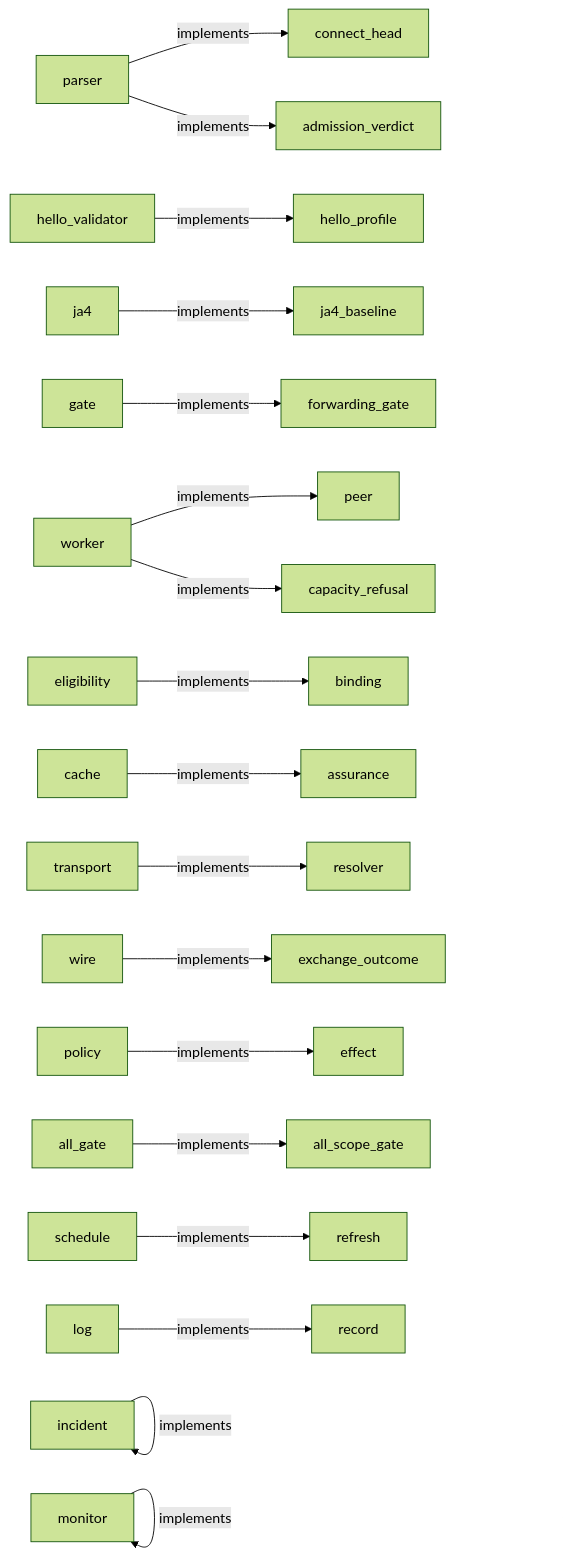
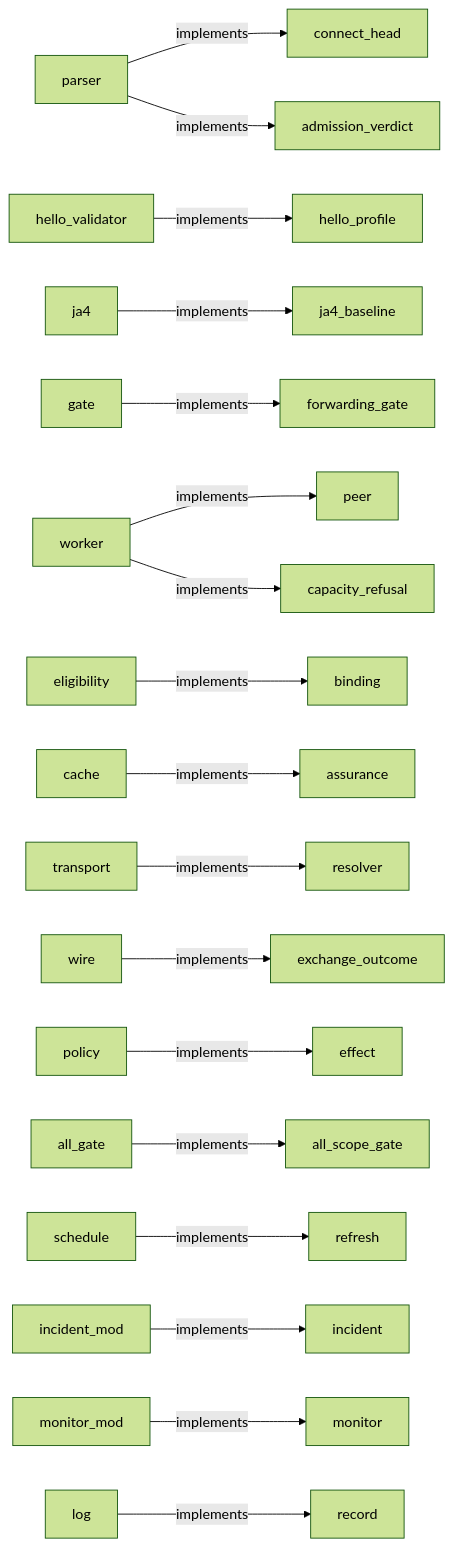
One commit to acje/alumina-proxy changed the third of 8 diagrams in docs/ontology.md. Above: the diagram before and after it, drawn with Mermaid (forest theme). The commit also changed other lines of this file and 1 other file, not shown here.

````diff
--- a/docs/ontology.md
+++ b/docs/ontology.md
@@ -199,20 +200,20 @@
 ```mermaid
 flowchart LR
     parser -->|implements| connect_head
     parser -->|implements| admission_verdict
     hello_validator -->|implements| hello_profile
     ja4 -->|implements| ja4_baseline
     gate -->|implements| forwarding_gate
     worker -->|implements| peer
     worker -->|implements| capacity_refusal
     eligibility -->|implements| binding
     cache -->|implements| assurance
     transport -->|implements| resolver
     wire -->|implements| exchange_outcome
     policy -->|implements| effect
     all_gate -->|implements| all_scope_gate
     schedule -->|implements| refresh
-    incident -->|implements| incident
-    monitor -->|implements| monitor
+    incident_mod -->|implements| incident
+    monitor_mod -->|implements| monitor
     log -->|implements| record
 ```
````
